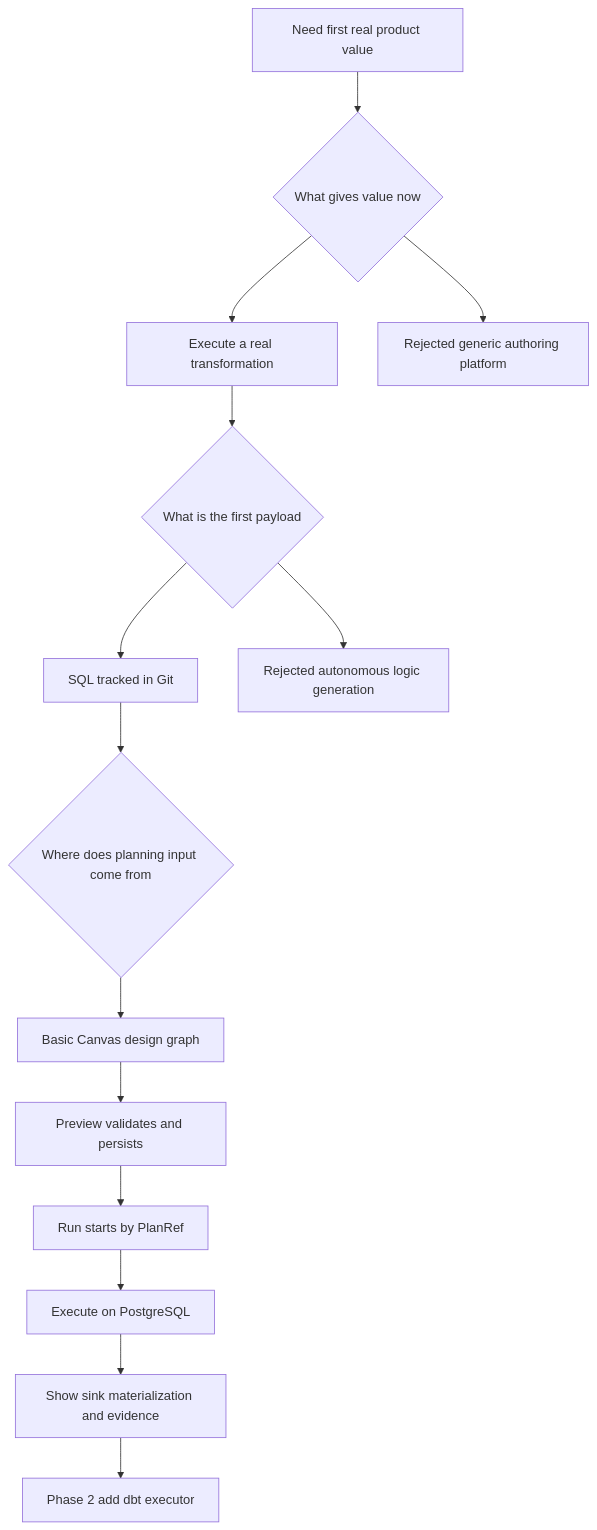
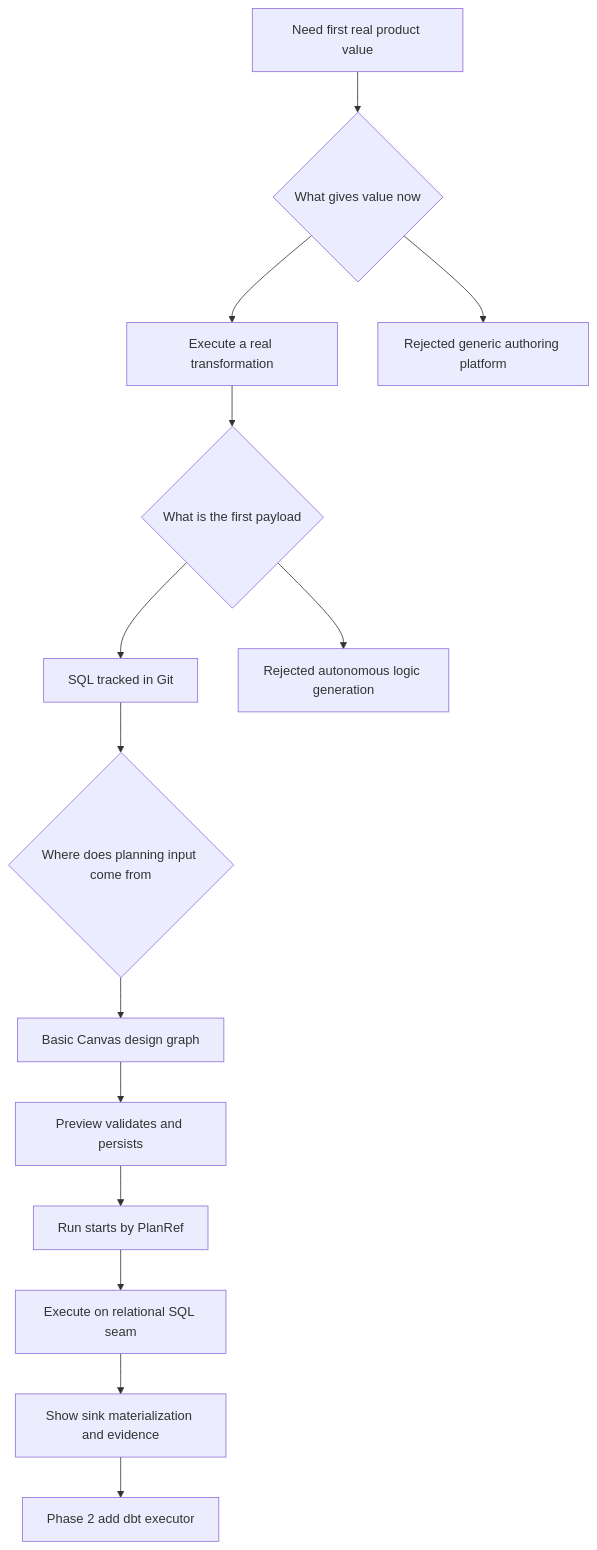
The diagram in docs/planning/proposals/mandatory/runtime-and-contracts/transformation-flow-product-decisions-20260405.md (dunay2/dvt), drawn with Mermaid before and after one commit. The commit also changed other lines of this file and 5 other files, not shown here.

````diff
--- a/docs/planning/proposals/mandatory/runtime-and-contracts/transformation-flow-product-decisions-20260405.md
+++ b/docs/planning/proposals/mandatory/runtime-and-contracts/transformation-flow-product-decisions-20260405.md
@@ -29,16 +29,16 @@
 ```mermaid
 flowchart TD
   A[Need first real product value] --> B{What gives value now}
   B --> C[Execute a real transformation]
   B --> X[Rejected generic authoring platform]
   C --> D{What is the first payload}
   D --> E[SQL tracked in Git]
   D --> Y[Rejected autonomous logic generation]
   E --> F{Where does planning input come from}
   F --> G[Basic Canvas design graph]
   G --> H[Preview validates and persists]
   H --> I[Run starts by PlanRef]
-  I --> J[Execute on PostgreSQL]
+  I --> J[Execute on relational SQL seam]
   J --> K[Show sink materialization and evidence]
   K --> L[Phase 2 add dbt executor]
 ```
````
